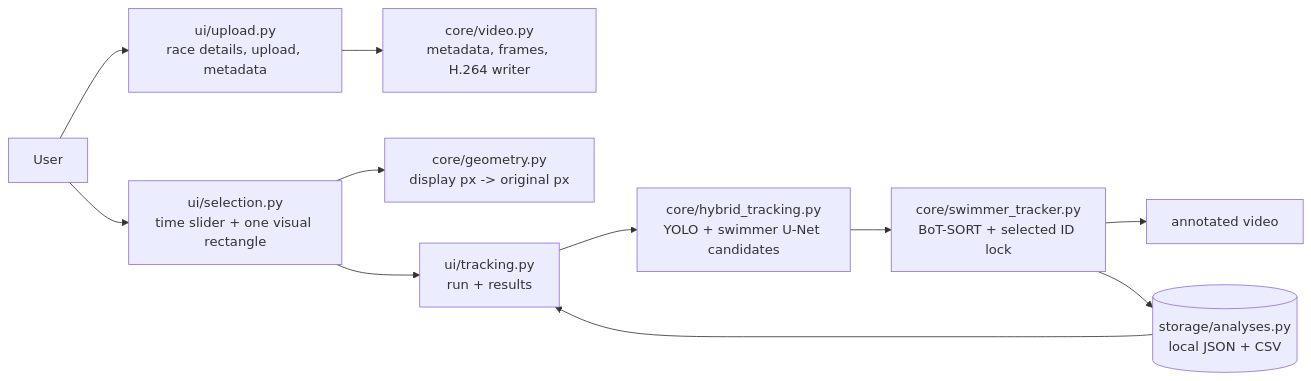
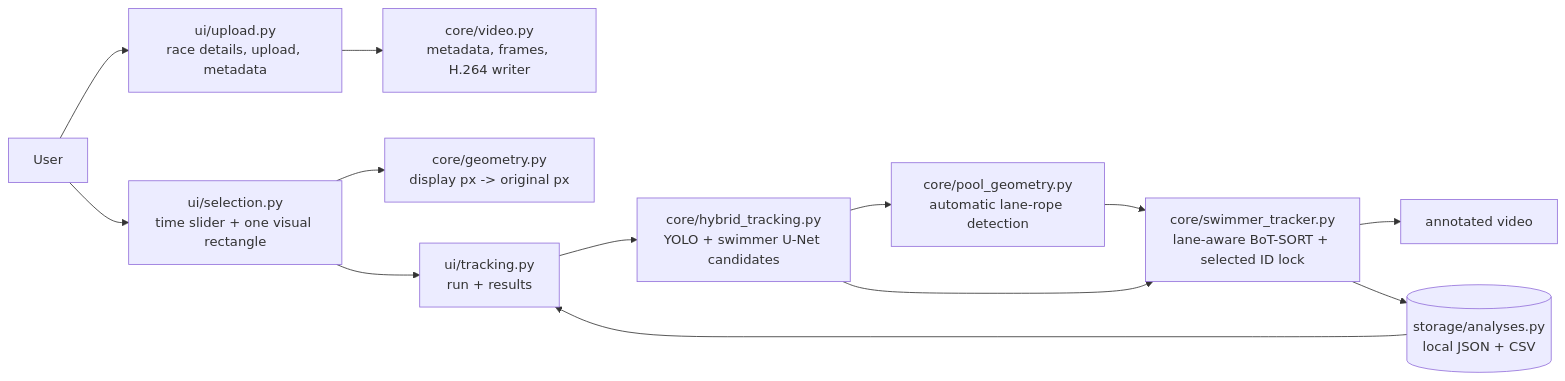
Before and after one commit to samyar2012/SWIMVISION: the diagram in README.md, drawn with Mermaid. The commit also changed other lines of this file and 6 other files, not shown here.

Commit message:
Add pool-aware swimmer tracking

````diff
--- a/README.md
+++ b/README.md
@@ -38,13 +38,15 @@
 ```mermaid
 flowchart LR
     U[User] --> UP[ui/upload.py<br/>race details, upload, metadata]
     UP --> V[core/video.py<br/>metadata, frames, H.264 writer]
     U --> SEL[ui/selection.py<br/>time slider + one visual rectangle]
     SEL --> G[core/geometry.py<br/>display px -> original px]
     SEL --> TR[ui/tracking.py<br/>run + results]
     TR --> H[core/hybrid_tracking.py<br/>YOLO + swimmer U-Net candidates]
-    H --> P[core/swimmer_tracker.py<br/>BoT-SORT + selected ID lock]
+    H --> L[core/pool_geometry.py<br/>automatic lane-rope detection]
+    L --> P[core/swimmer_tracker.py<br/>lane-aware BoT-SORT + selected ID lock]
+    H --> P
     P --> O[annotated video]
     P --> ST[(storage/analyses.py<br/>local JSON + CSV)]
     ST --> TR
 ```
````
